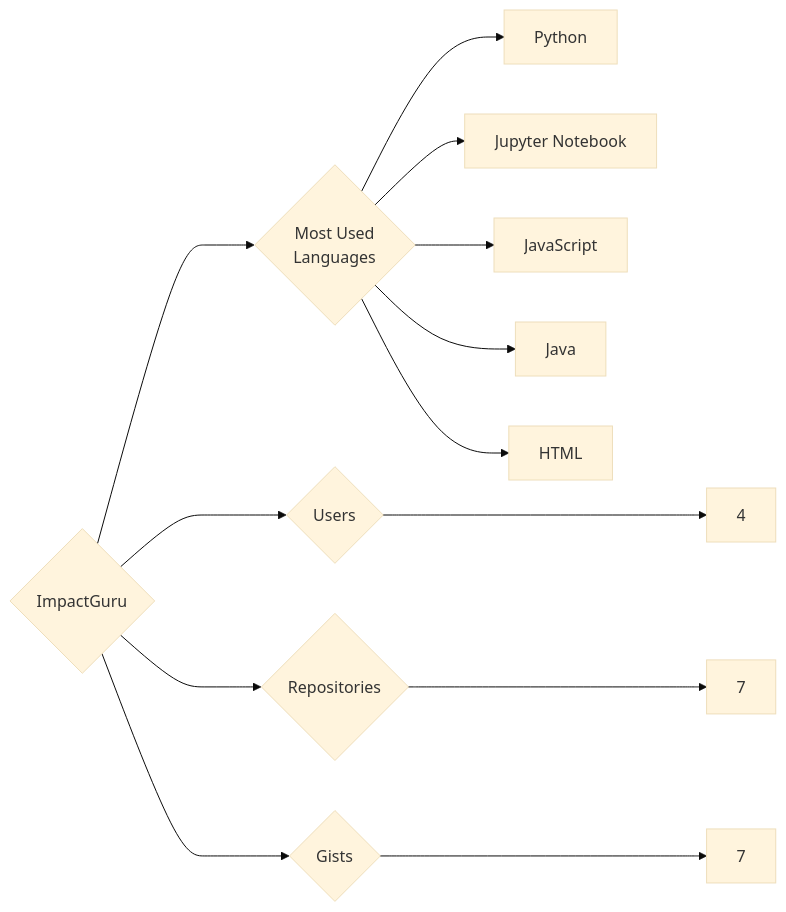
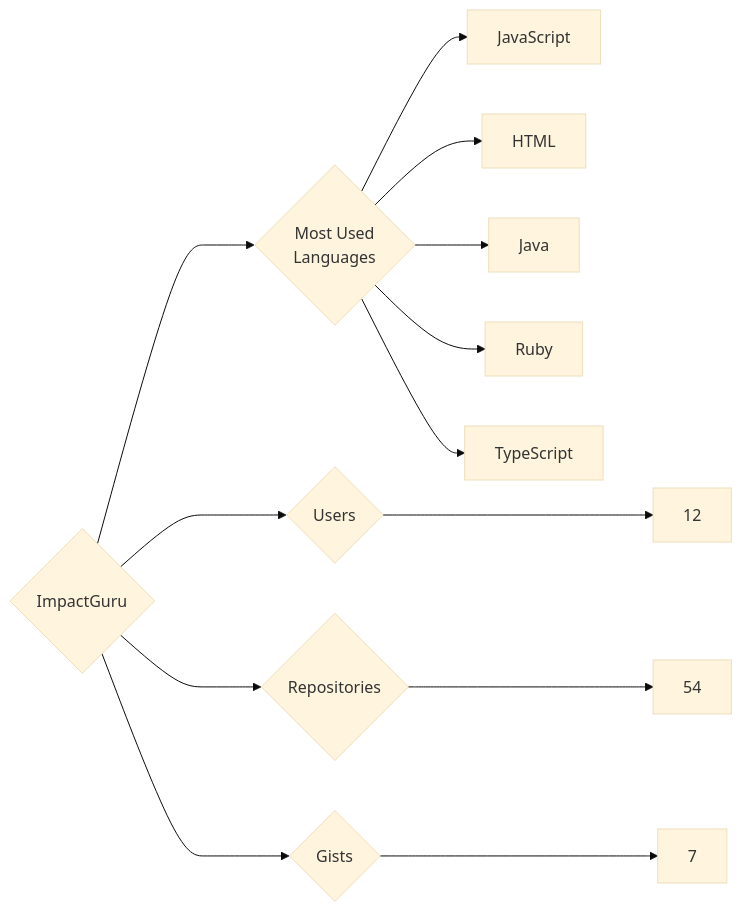
Before and after one commit to trickest/insiders: the diagram in targets/ImpactGuru/README.md, drawn with Mermaid (base theme). The commit also changed 912 other files, not shown here.

````diff
--- a/targets/ImpactGuru/README.md
+++ b/targets/ImpactGuru/README.md
@@ -3,13 +3,13 @@
 ```mermaid
 graph LR
 COMPANY_NAME{ImpactGuru}
-COMPANY_NAME ---> U{Users} ---> UN[4]
-COMPANY_NAME ---> R{Repositories} ---> RN[7]
+COMPANY_NAME ---> U{Users} ---> UN[12]
+COMPANY_NAME ---> R{Repositories} ---> RN[54]
 COMPANY_NAME ---> G{Gists} ---> GN[7]
 COMPANY_NAME ---> ML{Most Used<br>Languages}
-ML --> Python[Python]
-ML --> Jupyter_Notebook[Jupyter Notebook]
 ML --> JavaScript[JavaScript]
+ML --> HTML[HTML]
 ML --> Java[Java]
-ML --> HTML[HTML]
+ML --> Ruby[Ruby]
+ML --> TypeScript[TypeScript]
 ```
````
